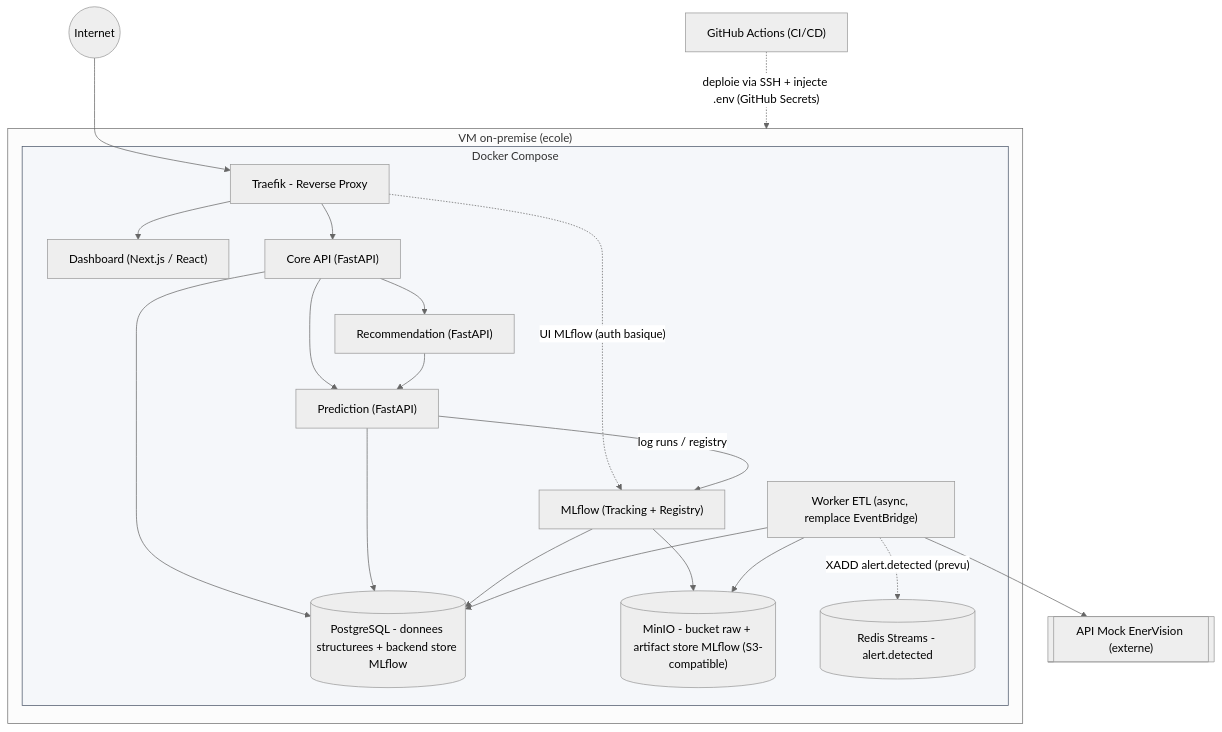
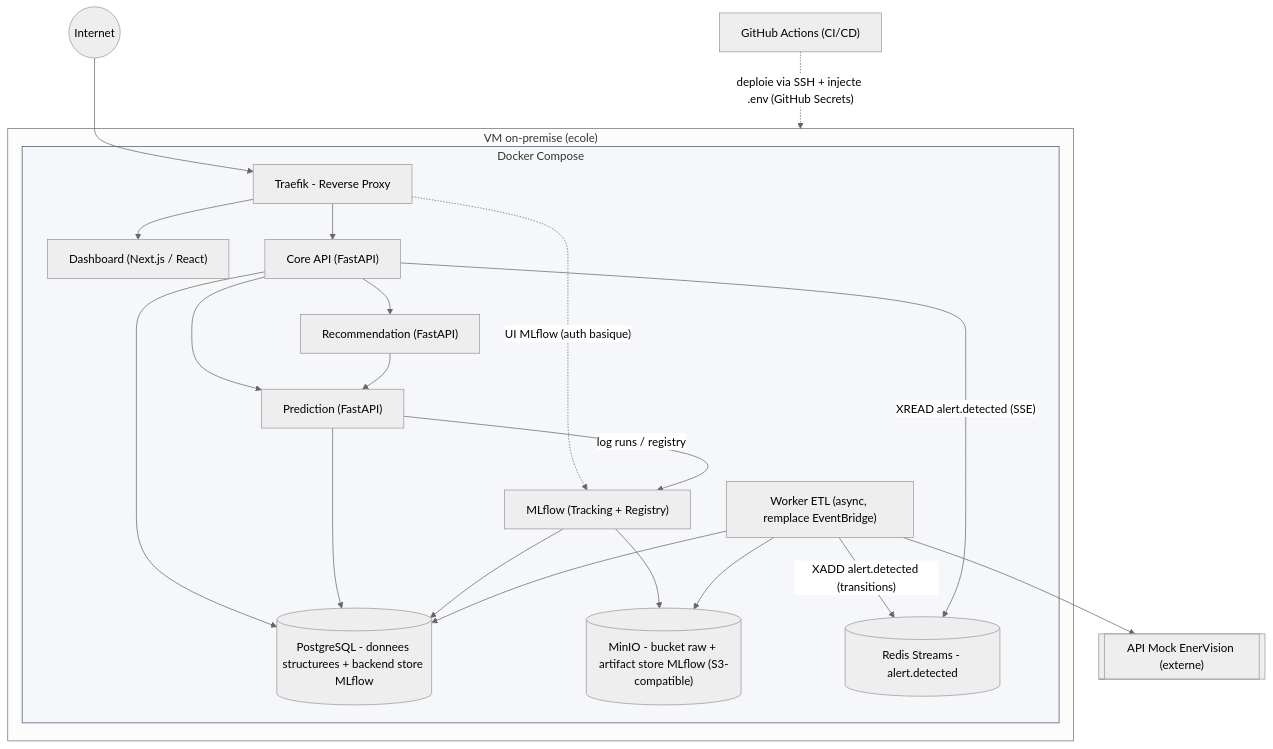
Before and after one commit to PetitPingu/EnerVision: the diagram in docs/archi_infra.md, drawn with Mermaid (neutral theme). The commit also changed other lines of this file and 32 other files, not shown here.

````diff
--- a/docs/archi_infra.md
+++ b/docs/archi_infra.md
@@ -24,41 +24,42 @@
 ```mermaid
 flowchart TB
     Internet((Internet))
     Mock[["API Mock EnerVision (externe)"]]
     CI["GitHub Actions (CI/CD)"]
  
     subgraph VM["VM on-premise (ecole)"]
         subgraph Net["Docker Compose"]
             RP["Traefik - Reverse Proxy"]
             Dash["Dashboard (Next.js / React)"]
             API["Core API (FastAPI)"]
             Pred["Prediction (FastAPI)"]
             Reco["Recommendation (FastAPI)"]
             Etl["Worker ETL (async, remplace EventBridge)"]
             MLflow["MLflow (Tracking + Registry)"]
             PG[("PostgreSQL - donnees structurees + backend store MLflow")]
             Minio[("MinIO - bucket raw + artifact store MLflow (S3-compatible)")]
             Redis[("Redis Streams - alert.detected")]
         end
     end
  
     Internet --> RP
     RP --> Dash
     RP --> API
     RP -. "UI MLflow (auth basique)" .-> MLflow
     API --> Pred
     API --> Reco
     Reco --> Pred
     API --> PG
     Pred --> PG
     Pred -- "log runs / registry" --> MLflow
     MLflow --> PG
     MLflow --> Minio
     Etl --> PG
     Etl --> Minio
     Etl --> Mock
-    Etl -. "XADD alert.detected (prevu)" .-> Redis
+    Etl -- "XADD alert.detected (transitions)" --> Redis
+    API -- "XREAD alert.detected (SSE)" --> Redis
     CI -. "deploie via SSH + injecte .env (GitHub Secrets)" .-> VM
  
     style Net fill:#f5f7fa,stroke:#4a5568,stroke-width:1px
 ```
````
